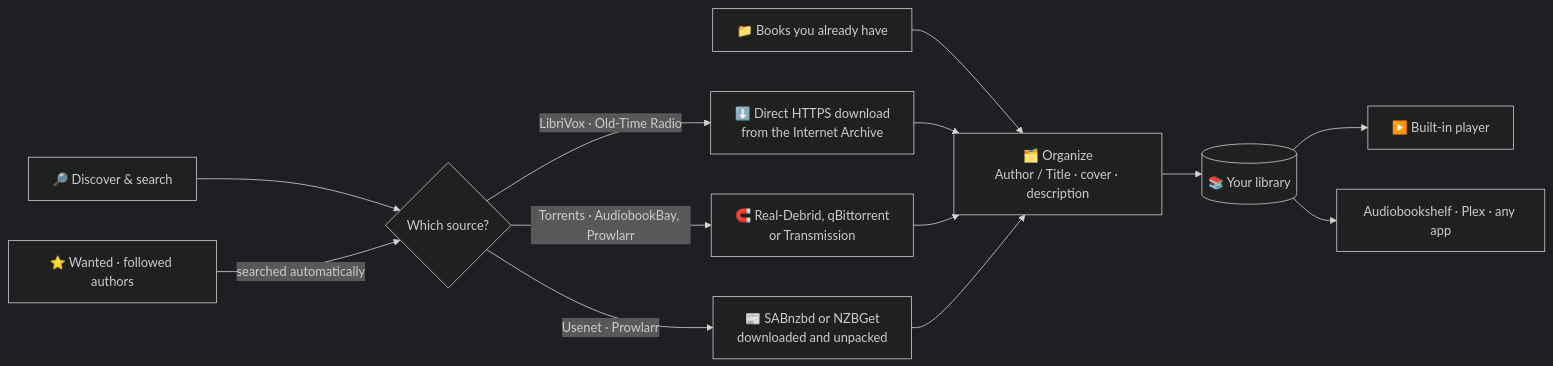
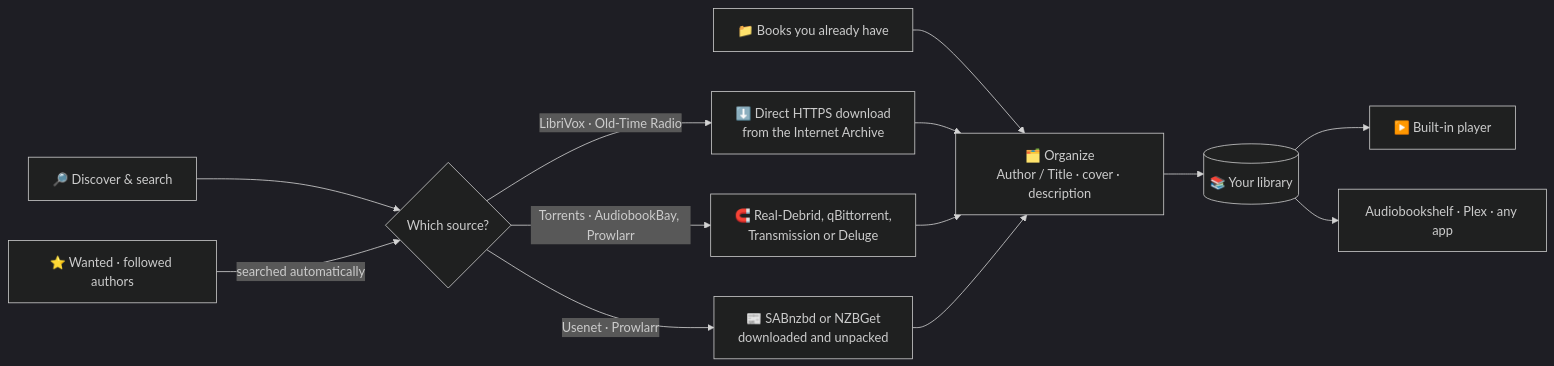
The diagram in README.md (curator8888/narratarr), drawn with Mermaid (dark theme) before and after one commit. The commit also changed other lines of this file and 8 other files, not shown here.

````diff
--- a/README.md
+++ b/README.md
@@ -209,15 +209,15 @@
 ```mermaid
 flowchart LR
     A["🔎 Discover & search"] --> B{"Which source?"}
     B -- "LibriVox · Old-Time Radio" --> C["⬇️ Direct HTTPS download<br/>from the Internet Archive"]
-    B -- "Torrents · AudiobookBay, Prowlarr" --> D["🧲 Real-Debrid, qBittorrent<br/>or Transmission"]
+    B -- "Torrents · AudiobookBay, Prowlarr" --> D["🧲 Real-Debrid, qBittorrent,<br/>Transmission or Deluge"]
     B -- "Usenet · Prowlarr" --> U["📰 SABnzbd or NZBGet<br/>downloaded and unpacked"]
     W["⭐ Wanted · followed authors"] -- "searched automatically" --> B
     I["📁 Books you already have"] --> E
     C --> E["🗂️ Organize<br/>Author / Title · cover · description"]
     D --> E
     U --> E
     E --> F[("📚 Your library")]
     F --> G["▶️ Built-in player"]
     F --> H["Audiobookshelf · Plex · any app"]
 ```
````
